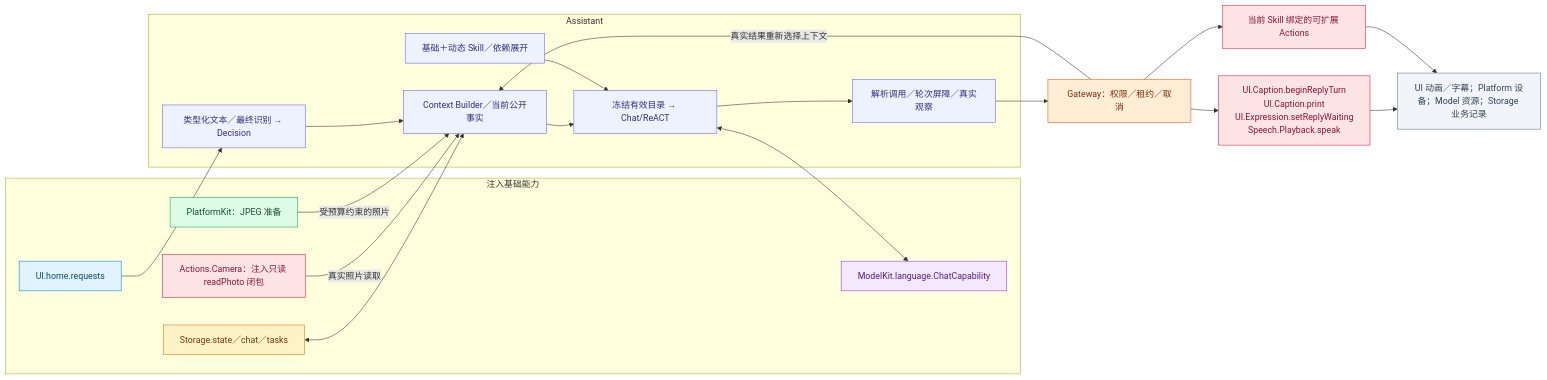
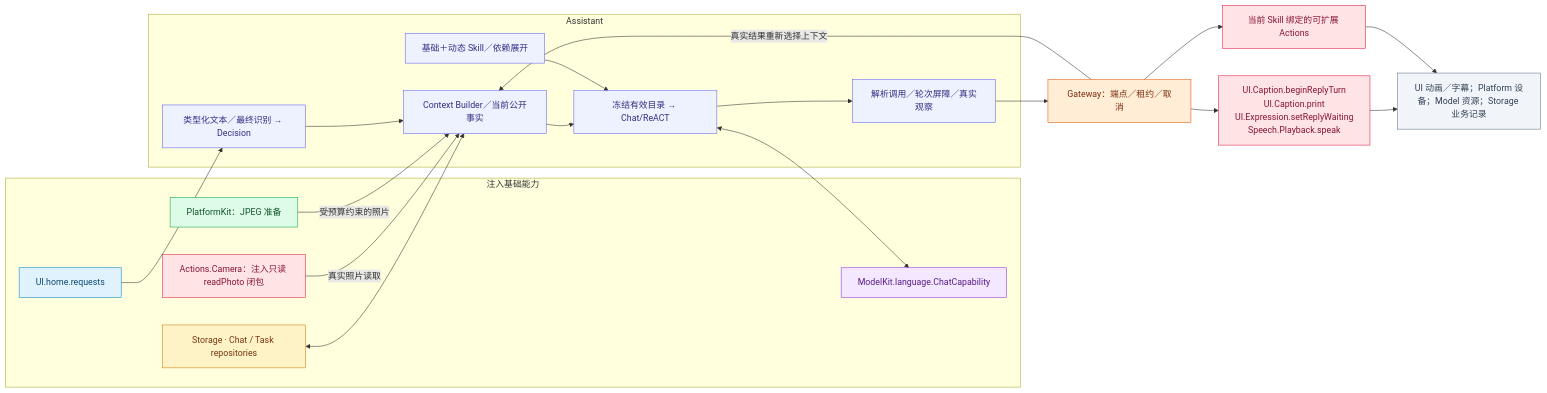
The second of 3 diagrams in MobileHarness/Agents/Assistant/README.md (devilyouwei/MobileHarness), drawn with Mermaid before and after one commit. The commit also changed other lines of this file and 352 other files, not shown here.

````diff
--- a/MobileHarness/Agents/Assistant/README.md
+++ b/MobileHarness/Agents/Assistant/README.md
@@ -77,37 +77,37 @@
 ```mermaid
 flowchart LR
  subgraph Injected["注入基础能力"]
  U["UI.home.requests"]:::ui
  M["ModelKit.language.ChatCapability"]:::model
- S["Storage.state／chat／tasks"]:::storage
+ S["Storage · Chat / Task repositories"]:::storage
  P["PlatformKit：JPEG 准备"]:::platform
  RD["Actions.Camera：注入只读 readPhoto 闭包"]:::action
  end
  subgraph Owned["Assistant"]
  I["类型化文本／最终识别 → Decision"]:::agent
  C["Context Builder／当前公开事实"]:::agent
  K["基础＋动态 Skill／依赖展开"]:::agent
  D["冻结有效目录 → Chat/ReACT"]:::agent
  O["解析调用／轮次屏障／真实观察"]:::agent
  end
  U --> I --> C --> D --> O
  S <--> C
  K --> D
  D <--> M
  RD -->|"真实照片读取"| C
  P -->|"受预算约束的照片"| C
- O --> G["Gateway：权限／租约／取消"]:::gateway
+ O --> G["Gateway：端点／租约／取消"]:::gateway
  G --> X["当前 Skill 绑定的可扩展 Actions"]:::action
  G --> PR["UI.Caption.beginReplyTurn<br/>UI.Caption.print<br/>UI.Expression.setReplyWaiting<br/>Speech.Playback.speak"]:::action
  PR --> F
  X --> F["UI 动画／字幕；Platform 设备；Model 资源；Storage 业务记录"]:::host
  G -->|"真实结果重新选择上下文"| C
  classDef ui fill:#e0f2fe,stroke:#0284c7,color:#0c4a6e
  classDef platform fill:#dcfce7,stroke:#16a34a,color:#14532d
  classDef model fill:#f3e8ff,stroke:#9333ea,color:#581c87
  classDef storage fill:#fef3c7,stroke:#d97706,color:#78350f
  classDef agent fill:#eef2ff,stroke:#6366f1,color:#312e81
  classDef gateway fill:#ffedd5,stroke:#ea580c,color:#7c2d12
  classDef action fill:#ffe4e6,stroke:#e11d48,color:#881337
  classDef host fill:#f1f5f9,stroke:#64748b,color:#334155
 ```
````
